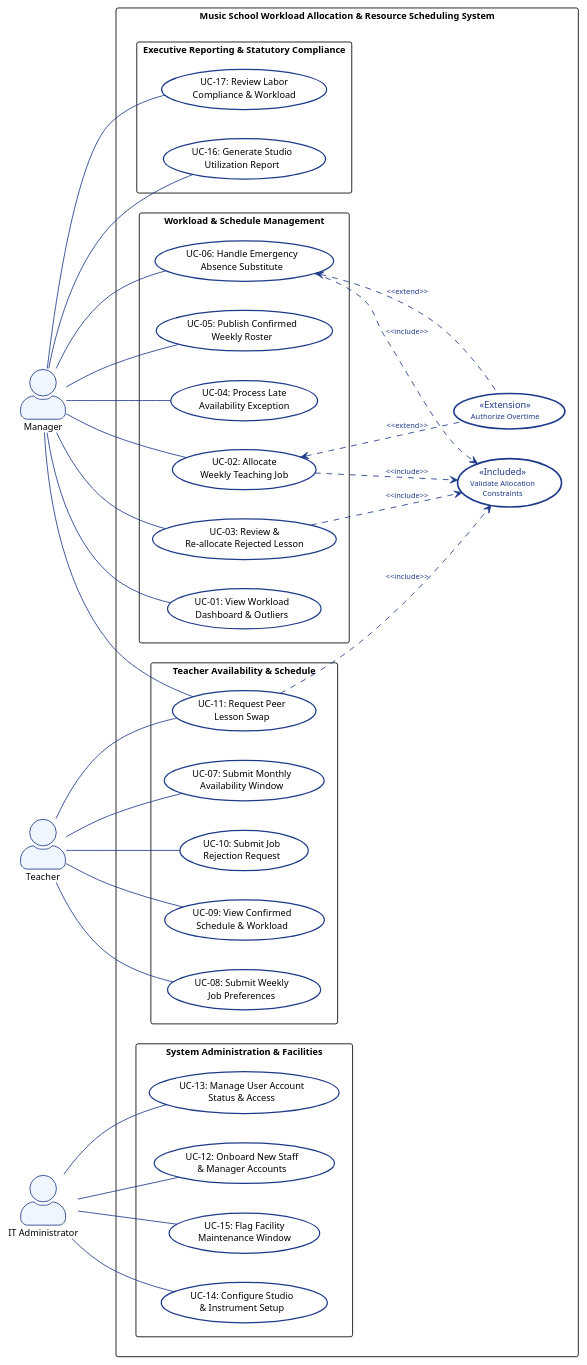
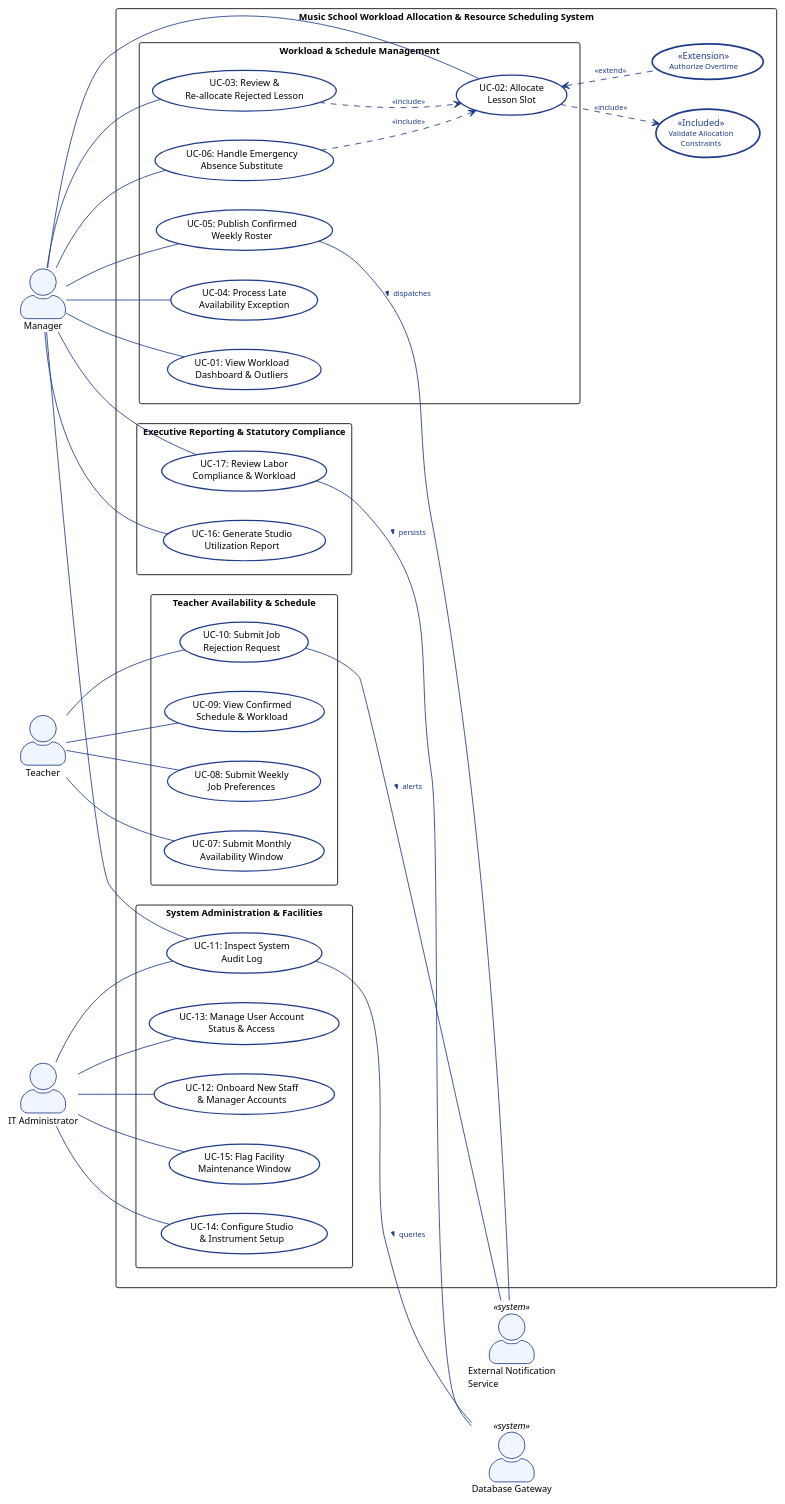
One commit to adoreblvnk/2001temp changed the diagram in report/assets/use_case_summary.puml. Above: the diagram before and after it, drawn with PlantUML. The commit also changed 11 other files, not shown here.

First line of the commit message:
feat(report): overhaul M1 requirements, diagrams, and traceability for A+ standard

```diff
--- a/report/assets/use_case_summary.puml
+++ b/report/assets/use_case_summary.puml
@@ -1,131 +1,128 @@
 @startuml use_case_summary
 !theme plain
 skinparam packageStyle rectangle
 skinparam shadowing false
 skinparam actorStyle awesome
 skinparam defaultFontName "Helvetica", "Arial", sans-serif
 skinparam defaultFontSize 11
 
 skinparam usecase {
     BackgroundColor #FFFFFF
     BorderColor #1E3A8A
     BorderThickness 1.5
     FontSize 11
     StereotypeFontColor #1E3A8A
     StereotypeFontStyle normal
 }
 
 skinparam usecase<<Included>> {
     FontColor #1E3A8A
     FontSize 9
     BorderThickness 2
 }
 
 skinparam usecase<<Extension>> {
     FontColor #1E3A8A
     FontSize 9
     BorderThickness 2
 }
 
 skinparam actor {
     BackgroundColor #EFF6FF
     BorderColor #1E3A8A
 }
 
 skinparam arrow {
     Color #1E3A8A
     FontColor #1E3A8A
     FontSize 9
 }
 
 left to right direction
 
 actor "Manager" as Manager
 actor "Teacher" as Teacher
 actor "IT Administrator" as ITAdmin
 
+actor "External Notification\nService" as ExtNotification <<system>>
+actor "Database Gateway" as ExtDatabase <<system>>
+
 rectangle "Music School Workload Allocation & Resource Scheduling System" as SystemBoundary {
 
     package "Executive Reporting & Statutory Compliance" {
         usecase "UC-17: Review Labor\nCompliance & Workload" as UC17
         usecase "UC-16: Generate Studio\nUtilization Report" as UC16
     }
 
     package "Workload & Schedule Management" {
         usecase "UC-06: Handle Emergency\nAbsence Substitute" as UC06
         usecase "UC-05: Publish Confirmed\nWeekly Roster" as UC05
         usecase "UC-04: Process Late\nAvailability Exception" as UC04
-        usecase "UC-02: Allocate\nWeekly Teaching Job" as UC02
         usecase "UC-03: Review &\nRe-allocate Rejected Lesson" as UC03
+        usecase "UC-02: Allocate\nLesson Slot" as UC02
         usecase "UC-01: View Workload\nDashboard & Outliers" as UC01
     }
 
     package "Teacher Availability & Schedule" {
-        usecase "UC-11: Request Peer\nLesson Swap" as UC11
         usecase "UC-10: Submit Job\nRejection Request" as UC10
         usecase "UC-09: View Confirmed\nSchedule & Workload" as UC09
         usecase "UC-08: Submit Weekly\nJob Preferences" as UC08
         usecase "UC-07: Submit Monthly\nAvailability Window" as UC07
     }
 
     package "System Administration & Facilities" {
         usecase "UC-15: Flag Facility\nMaintenance Window" as UC15
         usecase "UC-14: Configure Studio\n& Instrument Setup" as UC14
         usecase "UC-13: Manage User Account\nStatus & Access" as UC13
         usecase "UC-12: Onboard New Staff\n& Manager Accounts" as UC12
+        usecase "UC-11: Inspect System\nAudit Log" as UC11
     }
 
     usecase "Validate Allocation\nConstraints" as ValidateAlloc <<Included>>
     usecase "Authorize Overtime" as AuthOT <<Extension>>
 }
 
 ' Manager associations
 Manager -- UC17
 Manager -- UC16
 Manager -- UC06
 Manager -- UC05
 Manager -- UC04
+Manager -- UC03
 Manager -- UC02
-Manager -- UC03
 Manager -- UC01
 Manager -- UC11
 
 ' Teacher associations
-Teacher -- UC11
 Teacher -- UC10
 Teacher -- UC09
 Teacher -- UC08
 Teacher -- UC07
 
 ' IT Administrator associations
 ITAdmin -- UC15
 ITAdmin -- UC14
 ITAdmin -- UC13
 ITAdmin -- UC12
+ITAdmin -- UC11
+
+' External Systems associations
+UC05 -- ExtNotification : dispatches >
+UC10 -- ExtNotification : alerts >
+UC17 -- ExtDatabase : persists >
+UC11 -- ExtDatabase : queries >
 
 ' Include and Extend relationships
-UC06 ..> ValidateAlloc : <U+003C><U+003C>include<U+003E><U+003E>
-UC03 ..> ValidateAlloc : <U+003C><U+003C>include<U+003E><U+003E>
-UC02 ..> ValidateAlloc : <U+003C><U+003C>include<U+003E><U+003E>
-UC11 ..> ValidateAlloc : <U+003C><U+003C>include<U+003E><U+003E>
+UC02 ..> ValidateAlloc : <<include>>
+UC03 ..> UC02 : <<include>>
+UC06 ..> UC02 : <<include>>
 
-UC06 <.. AuthOT : <U+003C><U+003C>extend<U+003E><U+003E>
-UC02 <.. AuthOT : <U+003C><U+003C>extend<U+003E><U+003E>
+UC02 <.. AuthOT : <<extend>>
 
-' Vertical ordering hints (in left-to-right mode, "right" stacks top-to-bottom)
+' Vertical ordering hints
 UC17 -[hidden]right-> UC16
 UC06 -[hidden]right-> UC05
 UC05 -[hidden]right-> UC04
 UC04 -[hidden]right-> UC03
 UC03 -[hidden]right-> UC02
-UC02 -[hidden]right-> UC01
-UC11 -[hidden]right-> UC10
-UC10 -[hidden]right-> UC09
-UC09 -[hidden]right-> UC08
-UC08 -[hidden]right-> UC07
-UC15 -[hidden]right-> UC14
-UC14 -[hidden]right-> UC13
-UC13 -[hidden]right-> UC12
-ValidateAlloc -[hidden]right-> AuthOT
-
 @enduml
```
